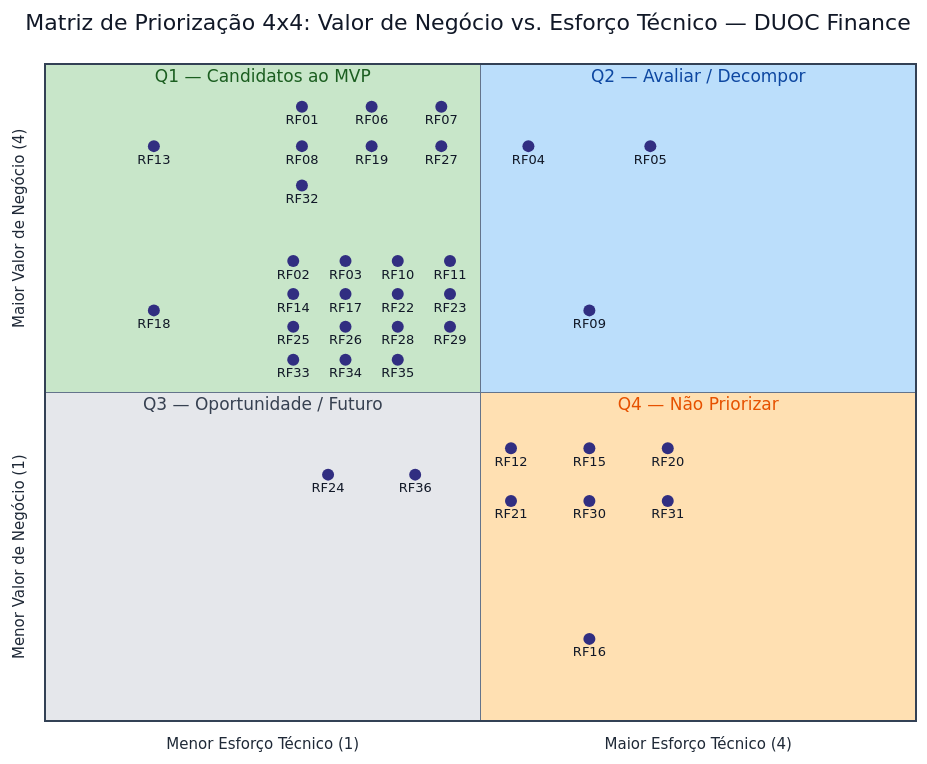
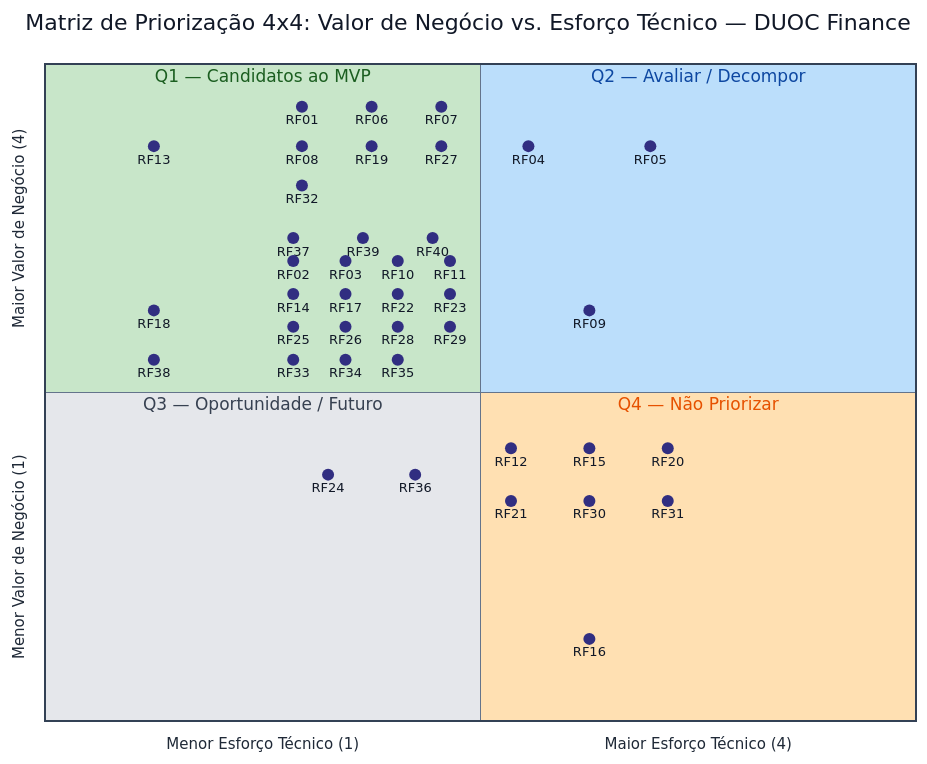
One commit to mdsreq-fga-unb/REQ-2026.2-T01-DUOC-Finance changed the second of 2 diagrams in docs/requisitos/priorizacao.md. Above: the diagram before and after it, drawn with Mermaid. The commit also changed other lines of this file, not shown here.

```diff
--- a/docs/requisitos/priorizacao.md
+++ b/docs/requisitos/priorizacao.md
@@ -305,6 +305,10 @@
     "RF33": [0.285, 0.550]
     "RF34": [0.345, 0.550]
     "RF35": [0.405, 0.550]
+    "RF37": [0.285, 0.735]
+    "RF38": [0.125, 0.550]
+    "RF39": [0.365, 0.735]
+    "RF40": [0.445, 0.735]
 
     "RF09": [0.625, 0.625]
 
```
